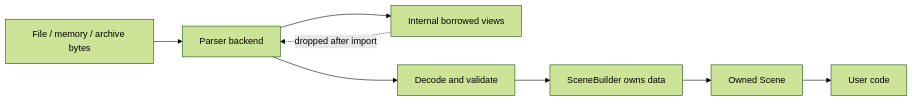
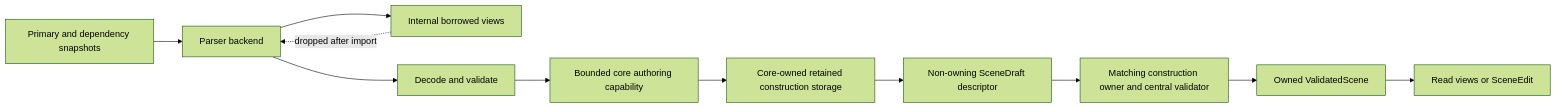
The first of 2 diagrams in docs/adr/0009-data-ownership-zero-copy-lifetimes-and-memory-layout.md (Latias94/baozi), drawn with Mermaid (forest theme) before and after one commit. The commit also changed other lines of this file and 978 other files, not shown here.

First line of the commit message:
refactor: deliver typed scene workflows and bounded imports (#3)

````diff
--- a/docs/adr/0009-data-ownership-zero-copy-lifetimes-and-memory-layout.md
+++ b/docs/adr/0009-data-ownership-zero-copy-lifetimes-and-memory-layout.md
@@ -47,11 +58,14 @@
 ```mermaid
 flowchart LR
-    Input[File / memory / archive bytes] --> Parser[Parser backend]
+    Input[Primary and dependency snapshots] --> Parser[Parser backend]
     Parser --> Borrowed[Internal borrowed views]
     Parser --> Decode[Decode and validate]
-    Decode --> Builder[SceneBuilder owns data]
-    Builder --> Scene[Owned Scene]
-    Scene --> User[User code]
+    Decode --> Author[Bounded core authoring capability]
+    Author --> Storage[Core-owned retained construction storage]
+    Storage --> Draft[Non-owning SceneDraft descriptor]
+    Draft --> Validator[Matching construction owner and central validator]
+    Validator --> Scene[Owned ValidatedScene]
+    Scene --> User[Read views or SceneEdit]
 
     Borrowed -. dropped after import .-> Parser
 ```
````
